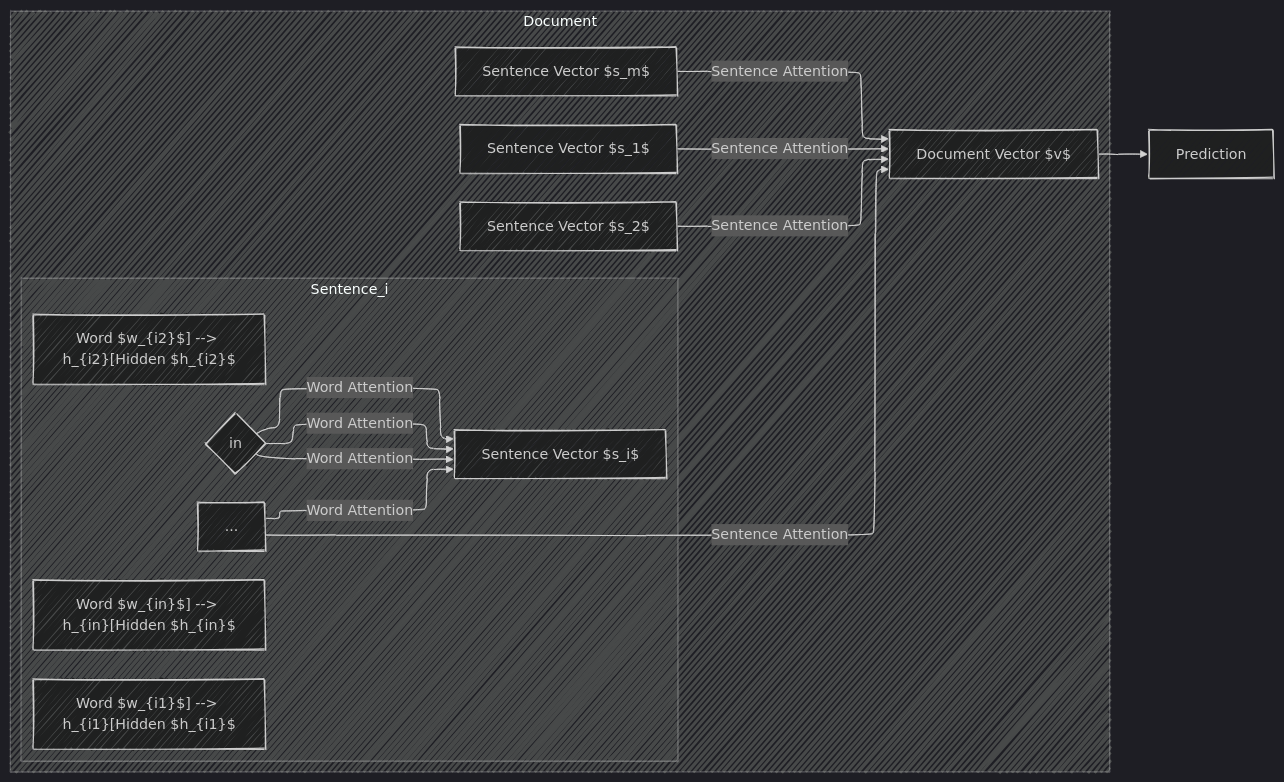
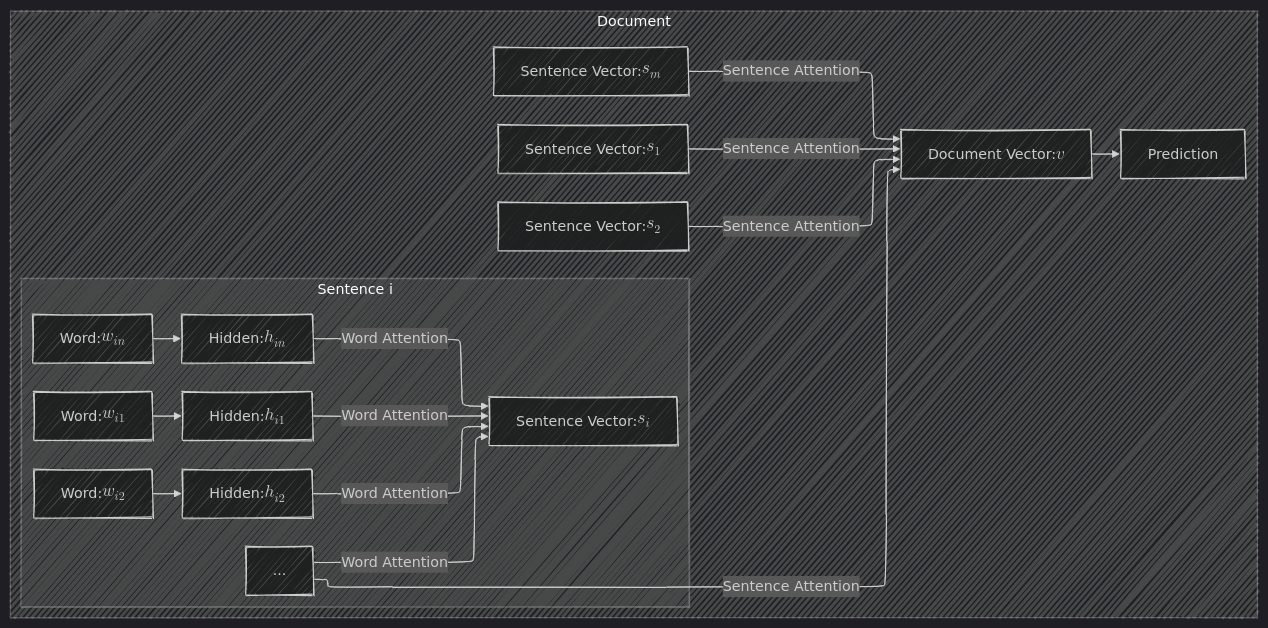
One commit to CongLeSolutionX/AlgoVerse changed the second of 3 diagrams in The_Golden_Nugget/Hierarchical_Encoding_in_NLP.md. Above: the diagram before and after it, drawn with Mermaid. The commit also changed other lines of this file, not shown here.

````diff
--- a/The_Golden_Nugget/Hierarchical_Encoding_in_NLP.md
+++ b/The_Golden_Nugget/Hierarchical_Encoding_in_NLP.md
@@ -181,25 +181,39 @@
 ```mermaid
 ---
 config:
   layout: elk
   look: handDrawn
   theme: dark
 ---
 flowchart LR
     subgraph Document
-        subgraph Sentence_i
+    w_i1["Word: $$w_{i1}$$"];
+    h_i1["Hidden: $$h_{i1}$$"];
+    w_i2["Word: $$w_{i2}$$"];
+    h_i2["Hidden: $$h_{i2}$$"];
+    w_in["Word: $$w_{in}$$"];
+    h_in["Hidden: $$h_{in}$$"];
+    s_i["Sentence Vector: $$s_i$$"];
+
+    s_1["Sentence Vector: $$s_1$$"];
+    s_2["Sentence Vector: $$s_2$$"];
+    s_m["Sentence Vector: $$s_m$$"];
+    v["Document Vector: $$v$$"];
+    Output["Prediction"];
+
+        subgraph Sentence_i["Sentence i"]
             direction TB
-            w_i1["Word $w_{i1}$] --> h_{i1}[Hidden $h_{i1}$"]
-            w_i2["Word $w_{i2}$] --> h_{i2}[Hidden $h_{i2}$"]
+            w_i1 --> h_i1
+            w_i2 --> h_i2
             ...
-            w_in["Word $w_{in}$] --> h_{in}[Hidden $h_{in}$"]
-            h_{i1} & h_{i2} & ... & h_{in} --> |Word Attention| s_i[Sentence Vector $s_i$]
+            w_in --> h_in
+            h_i1 & h_i2 & ... & h_in --> |Word Attention| s_i
         end
-        s_1[Sentence Vector $s_1$]
-        s_2[Sentence Vector $s_2$]
+        s_1
+        s_2
         ...
-        s_m[Sentence Vector $s_m$]
-        s_1 & s_2 & ... & s_m --> |Sentence Attention| v[Document Vector $v$]
+        s_m
+        s_1 & s_2 & ... & s_m --> |Sentence Attention| v
     end
-    v --> Output[Prediction]
+    v --> Output
 ```
````
